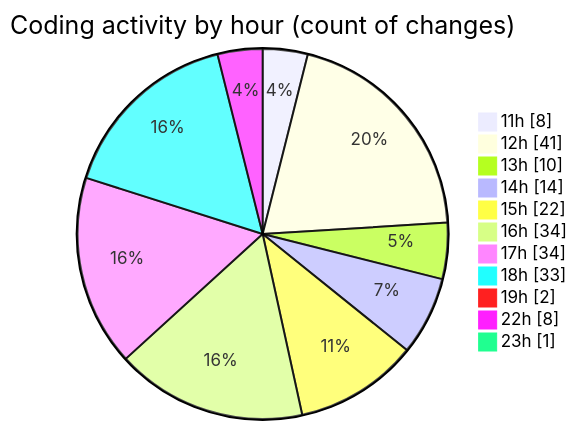
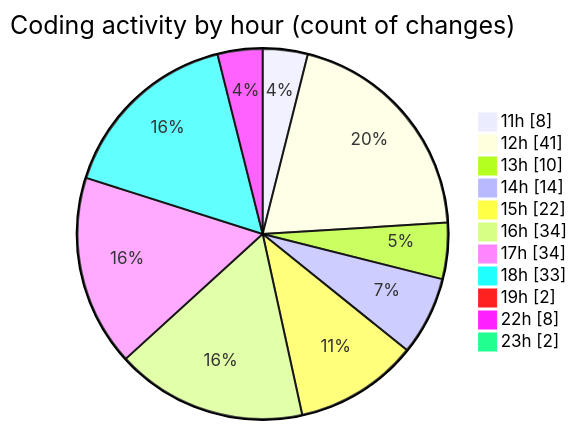
One commit to BS-eng2023/code-tracking changed the second of 2 diagrams in 2025-05-04/project/README.md. Above: the diagram before and after it, drawn with Mermaid. The commit also changed other lines of this file and 1 other file, not shown here.

````diff
--- a/2025-05-04/project/README.md
+++ b/2025-05-04/project/README.md
@@ -54,15 +54,15 @@
 ```mermaid
 pie showData
 title Coding activity by hour (count of changes)
 "11h" : 8
 "12h" : 41
 "13h" : 10
 "14h" : 14
 "15h" : 22
 "16h" : 34
 "17h" : 34
 "18h" : 33
 "19h" : 2
 "22h" : 8
-"23h" : 1
+"23h" : 2
 ```
````
